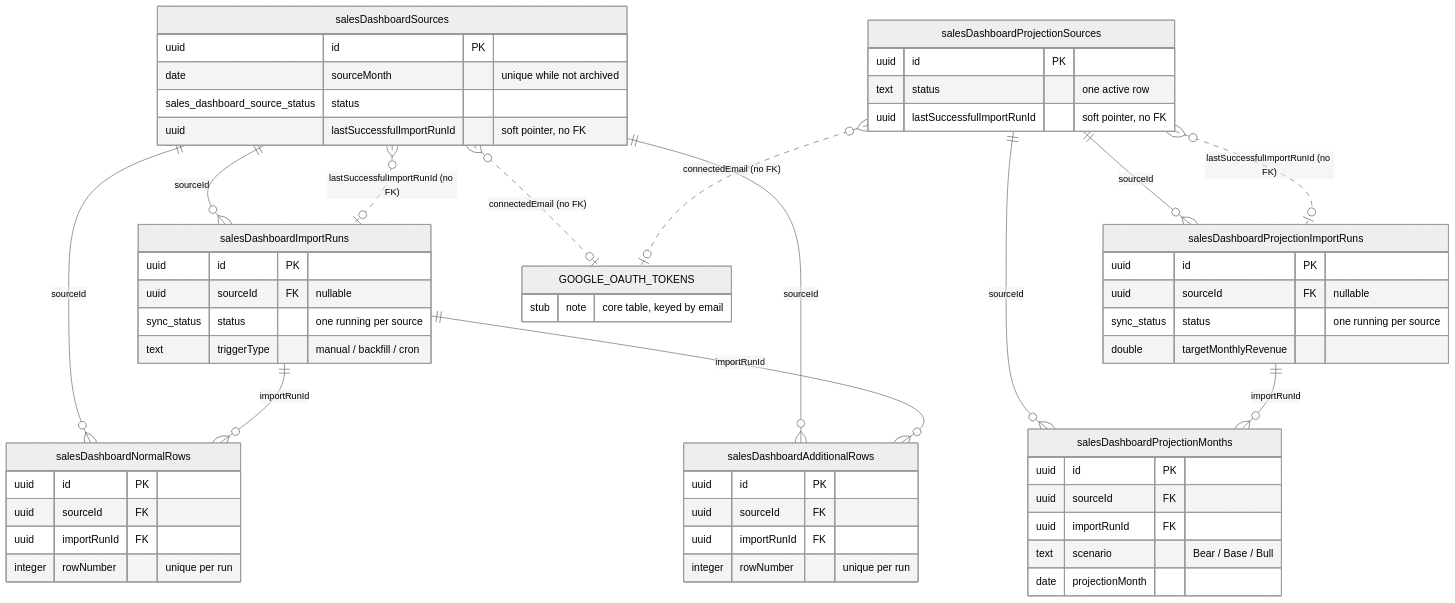
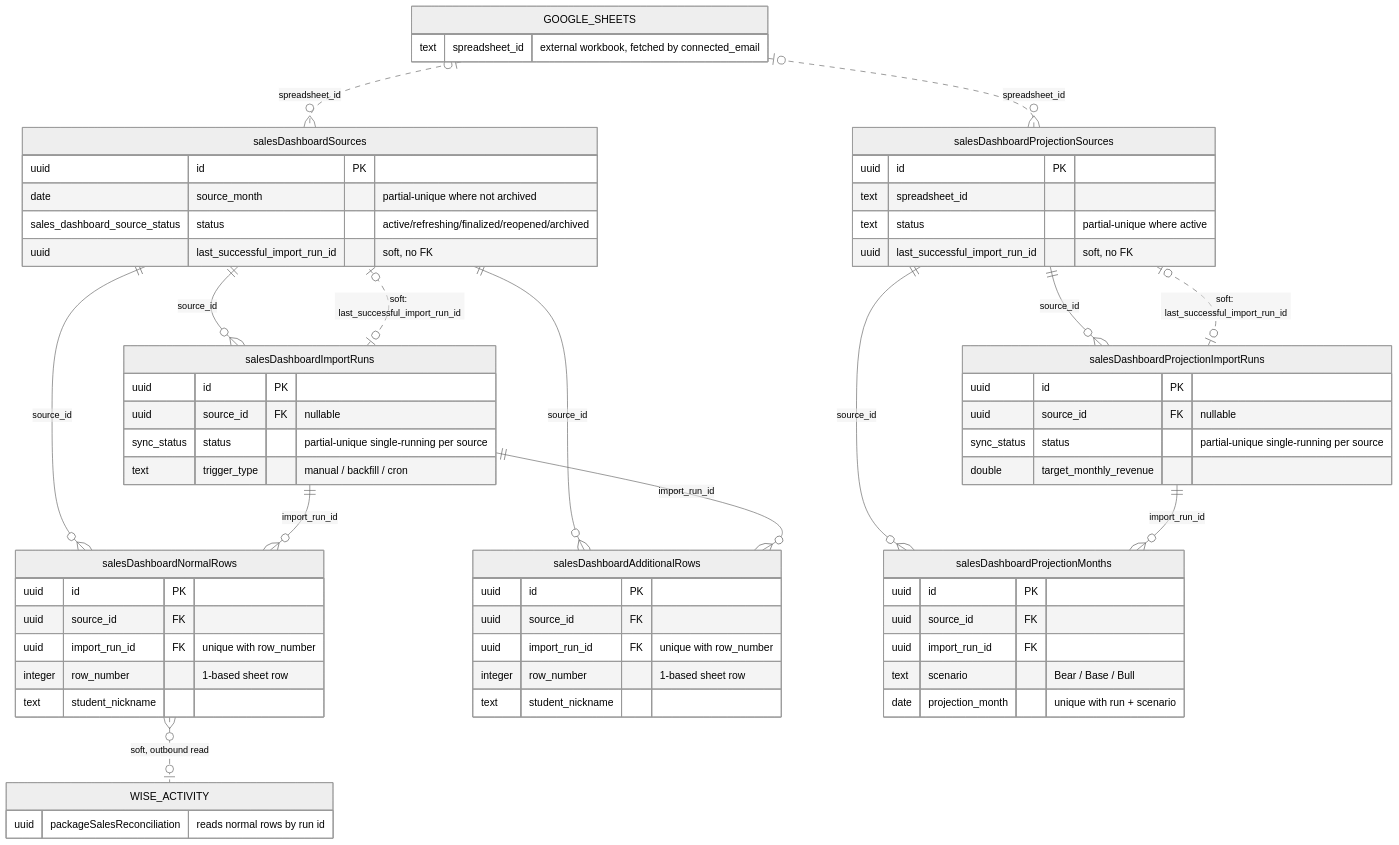
The diagram in docs/reference/database/erd-sales-dashboard.md (kasheesh711/bgscheduler), drawn with Mermaid (neutral theme) before and after one commit. The commit also changed other lines of this file and 95 other files, not shown here.

````diff
--- a/docs/reference/database/erd-sales-dashboard.md
+++ b/docs/reference/database/erd-sales-dashboard.md
@@ -56,64 +47,68 @@
 ```mermaid
 erDiagram
     salesDashboardSources {
         uuid id PK
-        date sourceMonth "unique while not archived"
-        sales_dashboard_source_status status
-        uuid lastSuccessfulImportRunId "soft pointer, no FK"
+        date source_month "partial-unique where not archived"
+        sales_dashboard_source_status status "active/refreshing/finalized/reopened/archived"
+        uuid last_successful_import_run_id "soft, no FK"
     }
     salesDashboardImportRuns {
         uuid id PK
-        uuid sourceId FK "nullable"
-        sync_status status "one running per source"
-        text triggerType "manual / backfill / cron"
+        uuid source_id FK "nullable"
+        sync_status status "partial-unique single-running per source"
+        text trigger_type "manual / backfill / cron"
     }
     salesDashboardNormalRows {
         uuid id PK
-        uuid sourceId FK
-        uuid importRunId FK
-        integer rowNumber "unique per run"
+        uuid source_id FK
+        uuid import_run_id FK "unique with row_number"
+        integer row_number "1-based sheet row"
+        text student_nickname
     }
     salesDashboardAdditionalRows {
         uuid id PK
-        uuid sourceId FK
-        uuid importRunId FK
-        integer rowNumber "unique per run"
+        uuid source_id FK
+        uuid import_run_id FK "unique with row_number"
+        integer row_number "1-based sheet row"
+        text student_nickname
     }
     salesDashboardProjectionSources {
         uuid id PK
-        text status "one active row"
-        uuid lastSuccessfulImportRunId "soft pointer, no FK"
+        text spreadsheet_id
+        text status "partial-unique where active"
+        uuid last_successful_import_run_id "soft, no FK"
     }
     salesDashboardProjectionImportRuns {
         uuid id PK
-        uuid sourceId FK "nullable"
-        sync_status status "one running per source"
-        double targetMonthlyRevenue
+        uuid source_id FK "nullable"
+        sync_status status "partial-unique single-running per source"
+        double target_monthly_revenue
     }
     salesDashboardProjectionMonths {
         uuid id PK
-        uuid sourceId FK
-        uuid importRunId FK
+        uuid source_id FK
+        uuid import_run_id FK
         text scenario "Bear / Base / Bull"
-        date projectionMonth
+        date projection_month "unique with run + scenario"
+    }
+    GOOGLE_SHEETS {
+        text spreadsheet_id "external workbook, fetched by connected_email"
+    }
+    WISE_ACTIVITY {
+        uuid packageSalesReconciliation "reads normal rows by run id"
     }
 
-    GOOGLE_OAUTH_TOKENS {
-        stub note "core table, keyed by email"
-    }
-
-    salesDashboardSources ||--o{ salesDashboardImportRuns : "sourceId"
-    salesDashboardSources ||--o{ salesDashboardNormalRows : "sourceId"
-    salesDashboardSources ||--o{ salesDashboardAdditionalRows : "sourceId"
-    salesDashboardImportRuns ||--o{ salesDashboardNormalRows : "importRunId"
-    salesDashboardImportRuns ||--o{ salesDashboardAdditionalRows : "importRunId"
-    salesDashboardSources }o..o| salesDashboardImportRuns : "lastSuccessfulImportRunId (no FK)"
-
-    salesDashboardProjectionSources ||--o{ salesDashboardProjectionImportRuns : "sourceId"
-    salesDashboardProjectionSources ||--o{ salesDashboardProjectionMonths : "sourceId"
-    salesDashboardProjectionImportRuns ||--o{ salesDashboardProjectionMonths : "importRunId"
-    salesDashboardProjectionSources }o..o| salesDashboardProjectionImportRuns : "lastSuccessfulImportRunId (no FK)"
-
-    salesDashboardSources }o..o| GOOGLE_OAUTH_TOKENS : "connectedEmail (no FK)"
-    salesDashboardProjectionSources }o..o| GOOGLE_OAUTH_TOKENS : "connectedEmail (no FK)"
+    salesDashboardSources ||--o{ salesDashboardImportRuns : "source_id"
+    salesDashboardSources ||--o{ salesDashboardNormalRows : "source_id"
+    salesDashboardSources ||--o{ salesDashboardAdditionalRows : "source_id"
+    salesDashboardImportRuns ||--o{ salesDashboardNormalRows : "import_run_id"
+    salesDashboardImportRuns ||--o{ salesDashboardAdditionalRows : "import_run_id"
+    salesDashboardImportRuns |o..o| salesDashboardSources : "soft: last_successful_import_run_id"
+    salesDashboardProjectionSources ||--o{ salesDashboardProjectionImportRuns : "source_id"
+    salesDashboardProjectionSources ||--o{ salesDashboardProjectionMonths : "source_id"
+    salesDashboardProjectionImportRuns ||--o{ salesDashboardProjectionMonths : "import_run_id"
+    salesDashboardProjectionImportRuns |o..o| salesDashboardProjectionSources : "soft: last_successful_import_run_id"
+    GOOGLE_SHEETS |o..o{ salesDashboardSources : "spreadsheet_id"
+    GOOGLE_SHEETS |o..o{ salesDashboardProjectionSources : "spreadsheet_id"
+    salesDashboardNormalRows }o..o| WISE_ACTIVITY : "soft, outbound read"
 ```
````
